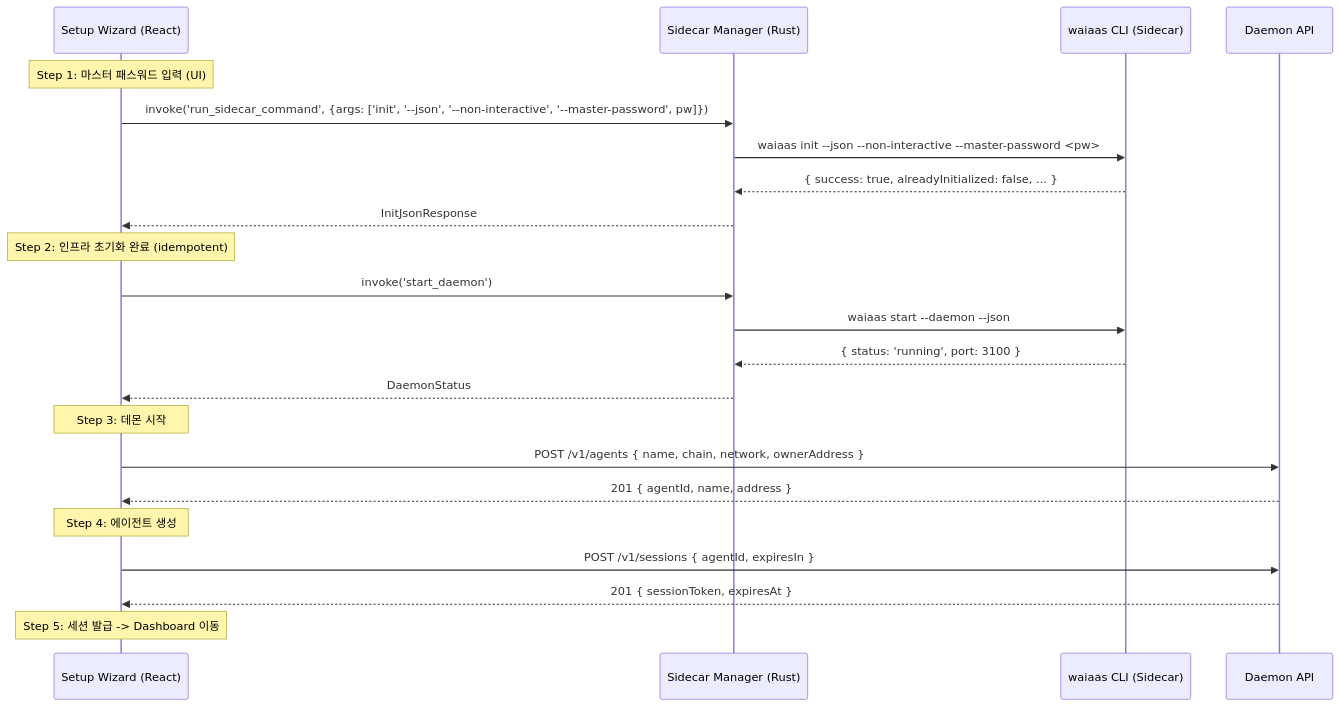
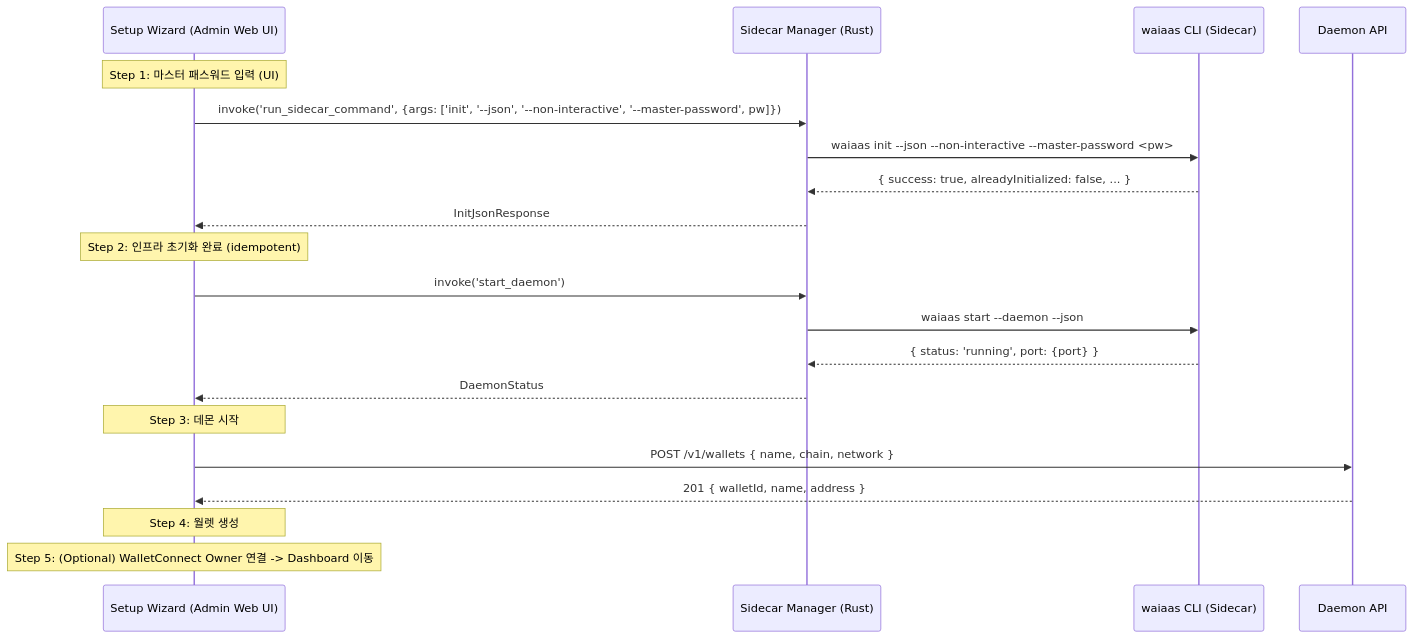
The eighth of 8 diagrams in internal/design/39-tauri-desktop-architecture.md (minhoyoo-iotrust/WAIaaS), drawn with Mermaid before and after one commit. The commit also changed other lines of this file, not shown here.

First line of the commit message:
docs(456-02): rewrite sections 7, 13 for Admin Web UI reuse with Desktop extensions

````diff
--- a/internal/design/39-tauri-desktop-architecture.md
+++ b/internal/design/39-tauri-desktop-architecture.md
@@ -2215,29 +1910,27 @@
 ```mermaid
 sequenceDiagram
-    participant UI as Setup Wizard (React)
+    participant UI as Setup Wizard (Admin Web UI)
     participant SM as Sidecar Manager (Rust)
     participant CLI as waiaas CLI (Sidecar)
     participant API as Daemon API
 
     Note over UI: Step 1: 마스터 패스워드 입력 (UI)
 
     UI->>SM: invoke('run_sidecar_command', {args: ['init', '--json', '--non-interactive', '--master-password', pw]})
     SM->>CLI: waiaas init --json --non-interactive --master-password <pw>
     CLI-->>SM: { success: true, alreadyInitialized: false, ... }
     SM-->>UI: InitJsonResponse
     Note over UI: Step 2: 인프라 초기화 완료 (idempotent)
 
     UI->>SM: invoke('start_daemon')
     SM->>CLI: waiaas start --daemon --json
-    CLI-->>SM: { status: 'running', port: 3100 }
+    CLI-->>SM: { status: 'running', port: {port} }
     SM-->>UI: DaemonStatus
     Note over UI: Step 3: 데몬 시작
 
-    UI->>API: POST /v1/agents { name, chain, network, ownerAddress }
-    API-->>UI: 201 { agentId, name, address }
-    Note over UI: Step 4: 에이전트 생성
+    UI->>API: POST /v1/wallets { name, chain, network }
+    API-->>UI: 201 { walletId, name, address }
+    Note over UI: Step 4: 월렛 생성
 
-    UI->>API: POST /v1/sessions { agentId, expiresIn }
-    API-->>UI: 201 { sessionToken, expiresAt }
-    Note over UI: Step 5: 세션 발급 -> Dashboard 이동
+    Note over UI: Step 5: (Optional) WalletConnect Owner 연결 -> Dashboard 이동
 ```
````
